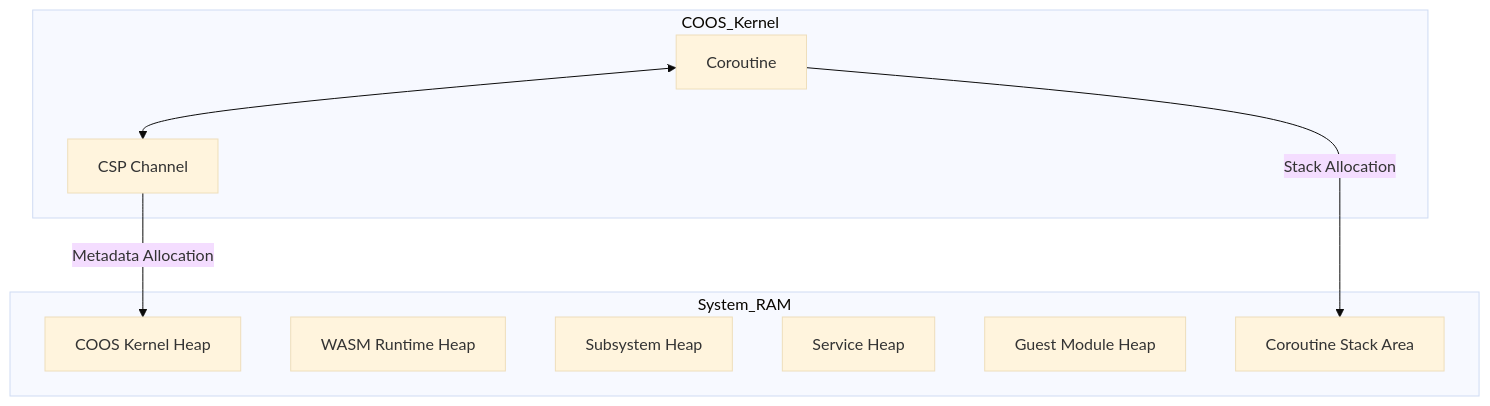
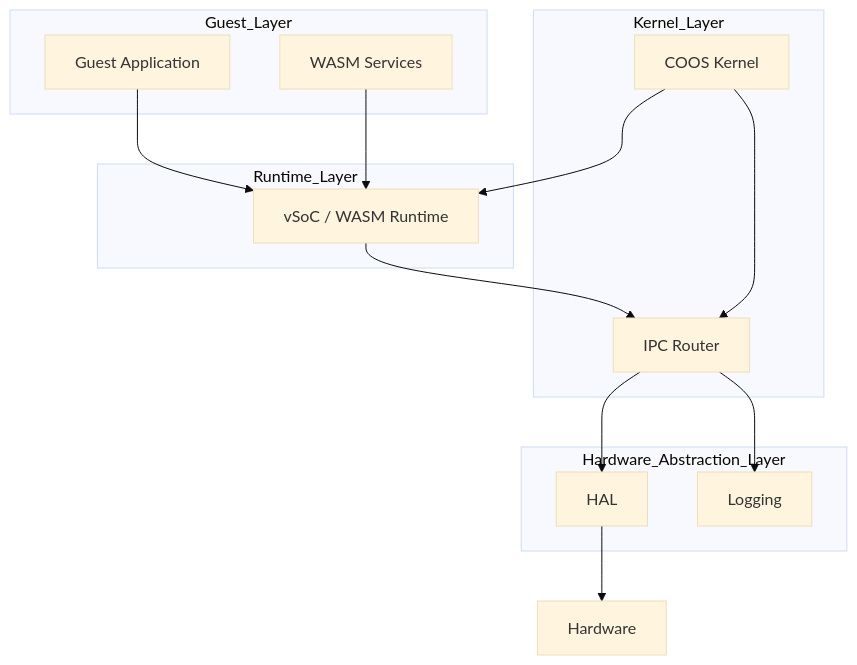
The first of 3 diagrams in docs/orders/architecture/overview.md (kmt-t/fireball), drawn with Mermaid (base theme) before and after one commit. The commit also changed other lines of this file and 27 other files, not shown here.

````diff
--- a/docs/orders/architecture/overview.md
+++ b/docs/orders/architecture/overview.md
@@ -83,20 +28,30 @@
 ```mermaid
 graph TD
-    subgraph System_RAM
-        A[COOS Kernel Heap]
-        B[WASM Runtime Heap]
-        C[Subsystem Heap]
-        D[Service Heap]
-        E[Guest Module Heap]
-        F[Coroutine Stack Area]
+    subgraph Guest_Layer
+        App[Guest Application]
+        Svc[WASM Services]
     end
 
-    subgraph COOS_Kernel
-        G[Coroutine]
-        H[CSP Channel]
+    subgraph Runtime_Layer
+        vSoC[vSoC / WASM Runtime]
     end
 
-    G -- Stack Allocation --> F
-    H -- Metadata Allocation --> A
-    G <--> H
+    subgraph Kernel_Layer
+        COOS[COOS Kernel]
+        IPCR[IPC Router]
+    end
+
+    subgraph Hardware_Abstraction_Layer
+        HAL[HAL]
+        Log[Logging]
+    end
+
+    App --> vSoC
+    Svc --> vSoC
+    vSoC --> IPCR
+    IPCR --> HAL
+    IPCR --> Log
+    COOS --> vSoC
+    COOS --> IPCR
+    HAL --> HW[Hardware]
 ```
````
